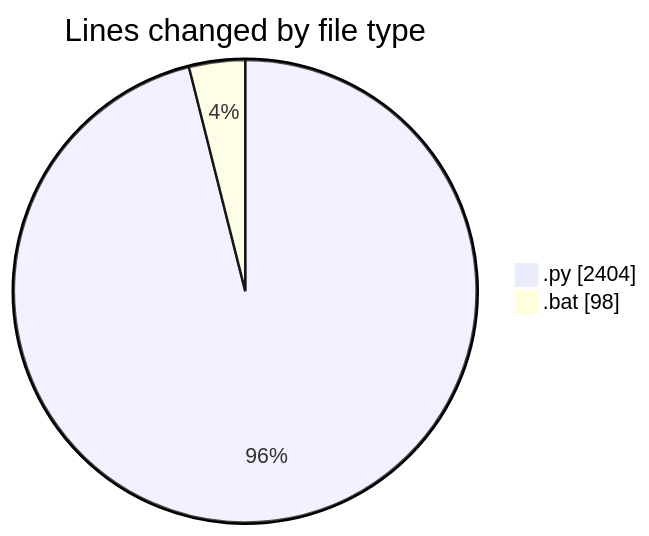
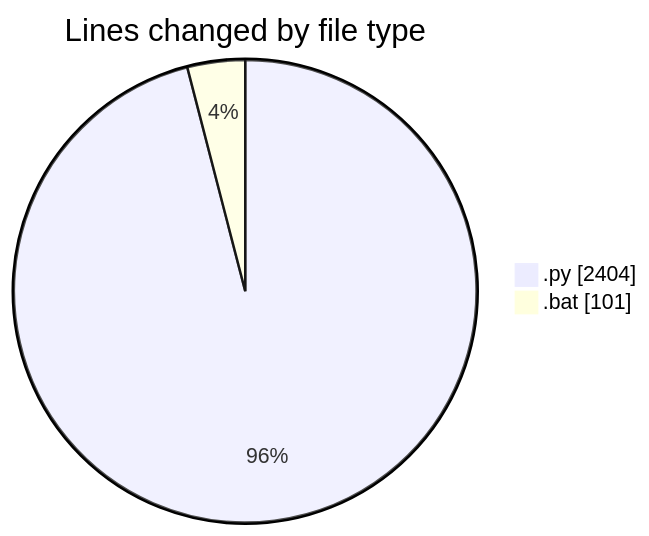
One commit to FelipKnott/code-tracking changed the first of 2 diagrams in 2025-07-03/cursor/README.md. Above: the diagram before and after it, drawn with Mermaid. The commit also changed other lines of this file and 1 other file, not shown here.

````diff
--- a/2025-07-03/cursor/README.md
+++ b/2025-07-03/cursor/README.md
@@ -35,6 +35,6 @@
 ```mermaid
 pie showData
 title Lines changed by file type
 ".py" : 2404
-".bat" : 98
+".bat" : 101
 ```
````
